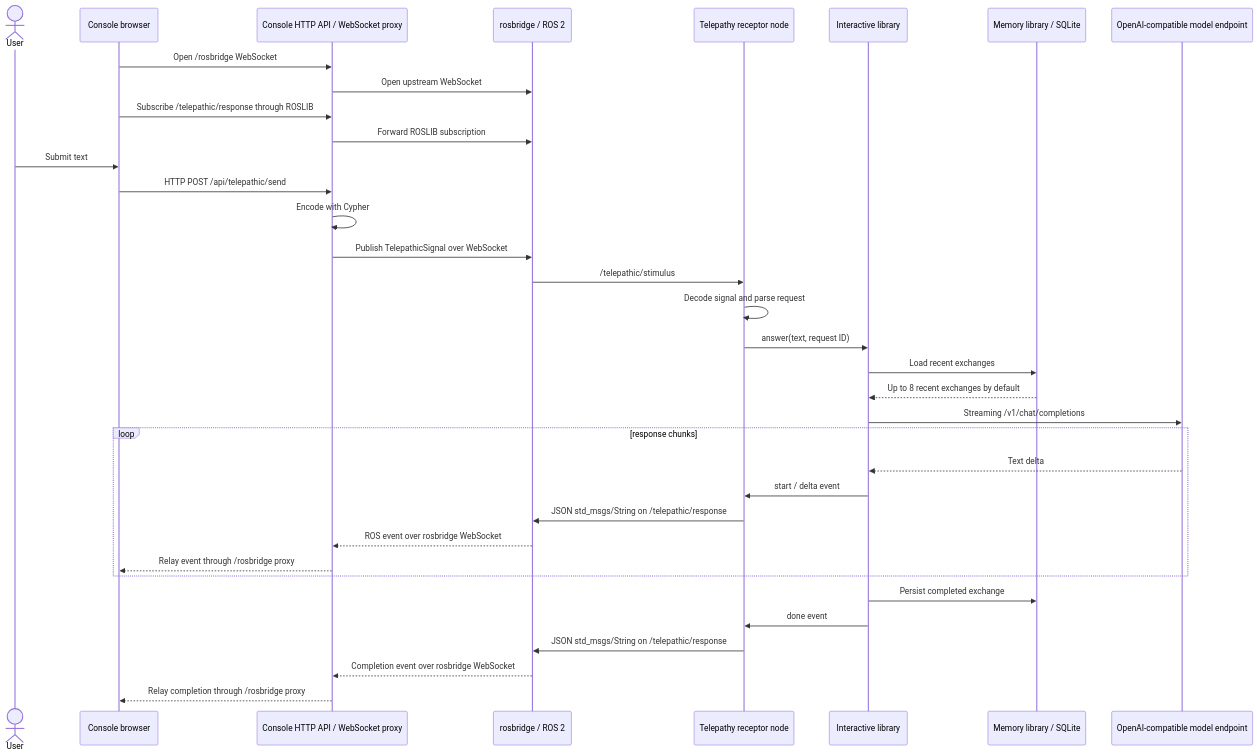
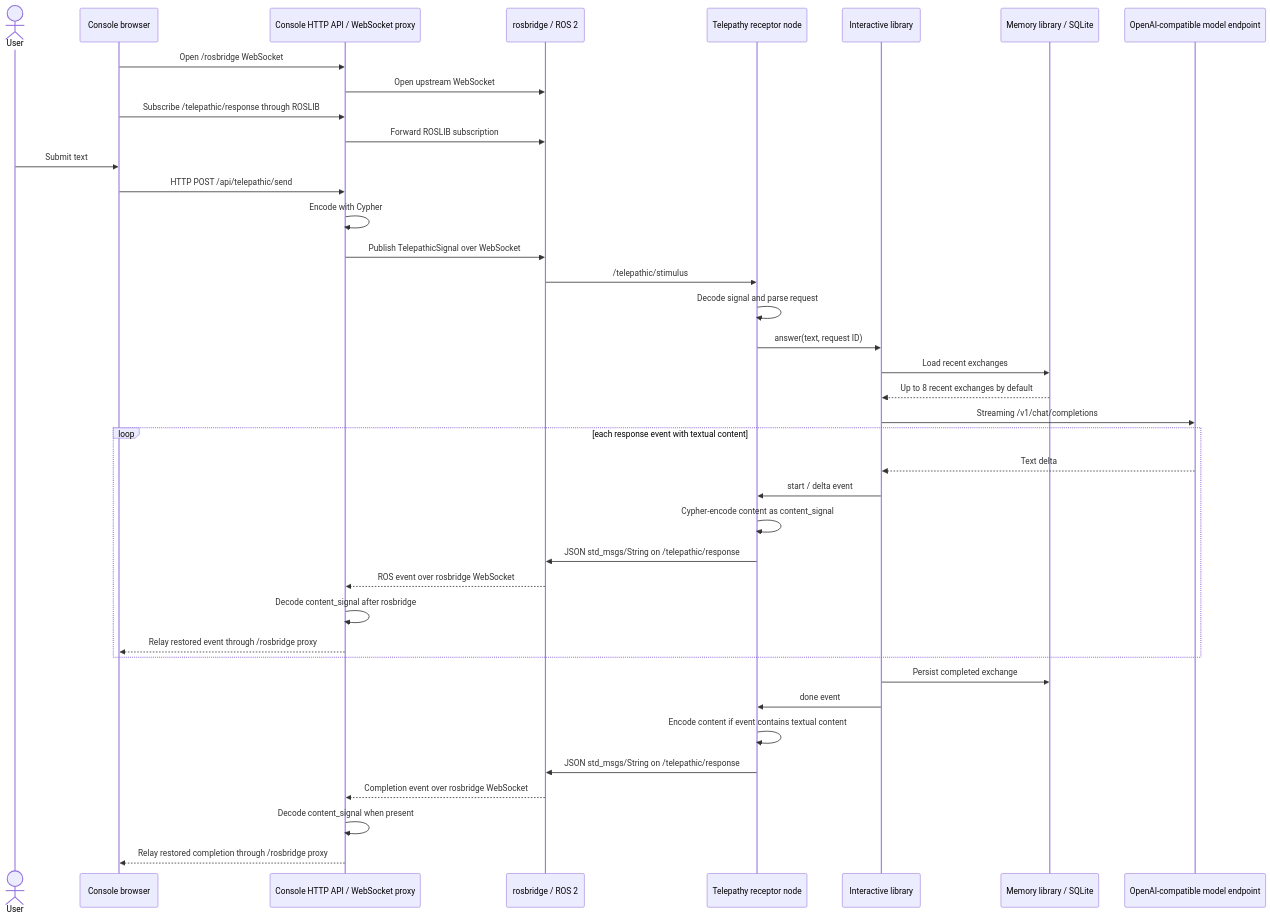
Before and after one commit to OppaAI/AGi: the diagram in AIVA/docs/telepathy-flow.md, drawn with Mermaid. The commit also changed other lines of this file and 2 other files, not shown here.

Commit message:
docs: map encoded Telepathy response flow

````diff
--- a/AIVA/docs/telepathy-flow.md
+++ b/AIVA/docs/telepathy-flow.md
@@ -11,38 +11,42 @@
 ```mermaid
 sequenceDiagram
     actor User
     participant Browser as Console browser
     participant Console as Console HTTP API / WebSocket proxy
     participant Bridge as rosbridge / ROS 2
     participant Receptor as Telepathy receptor node
     participant Engine as Interactive library
     participant Memory as Memory library / SQLite
     participant Model as OpenAI-compatible model endpoint
 
     Browser->>Console: Open /rosbridge WebSocket
     Console->>Bridge: Open upstream WebSocket
     Browser->>Console: Subscribe /telepathic/response through ROSLIB
     Console->>Bridge: Forward ROSLIB subscription
     User->>Browser: Submit text
     Browser->>Console: HTTP POST /api/telepathic/send
     Console->>Console: Encode with Cypher
     Console->>Bridge: Publish TelepathicSignal over WebSocket
     Bridge->>Receptor: /telepathic/stimulus
     Receptor->>Receptor: Decode signal and parse request
     Receptor->>Engine: answer(text, request ID)
     Engine->>Memory: Load recent exchanges
     Memory-->>Engine: Up to 8 recent exchanges by default
     Engine->>Model: Streaming /v1/chat/completions
-    loop response chunks
+    loop each response event with textual content
         Model-->>Engine: Text delta
         Engine->>Receptor: start / delta event
+        Receptor->>Receptor: Cypher-encode content as content_signal
         Receptor->>Bridge: JSON std_msgs/String on /telepathic/response
         Bridge-->>Console: ROS event over rosbridge WebSocket
-        Console-->>Browser: Relay event through /rosbridge proxy
+        Console->>Console: Decode content_signal after rosbridge
+        Console-->>Browser: Relay restored event through /rosbridge proxy
     end
     Engine->>Memory: Persist completed exchange
     Engine->>Receptor: done event
+    Receptor->>Receptor: Encode content if event contains textual content
     Receptor->>Bridge: JSON std_msgs/String on /telepathic/response
     Bridge-->>Console: Completion event over rosbridge WebSocket
-    Console-->>Browser: Relay completion through /rosbridge proxy
+    Console->>Console: Decode content_signal when present
+    Console-->>Browser: Relay restored completion through /rosbridge proxy
 ```
````
